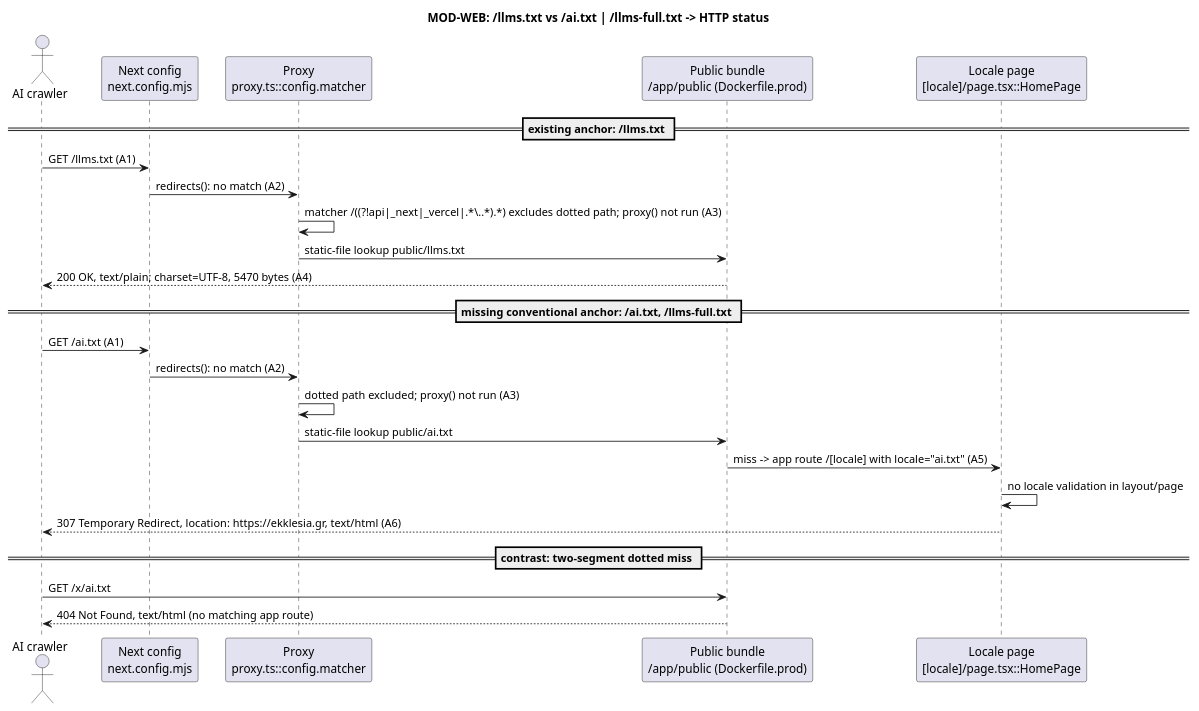
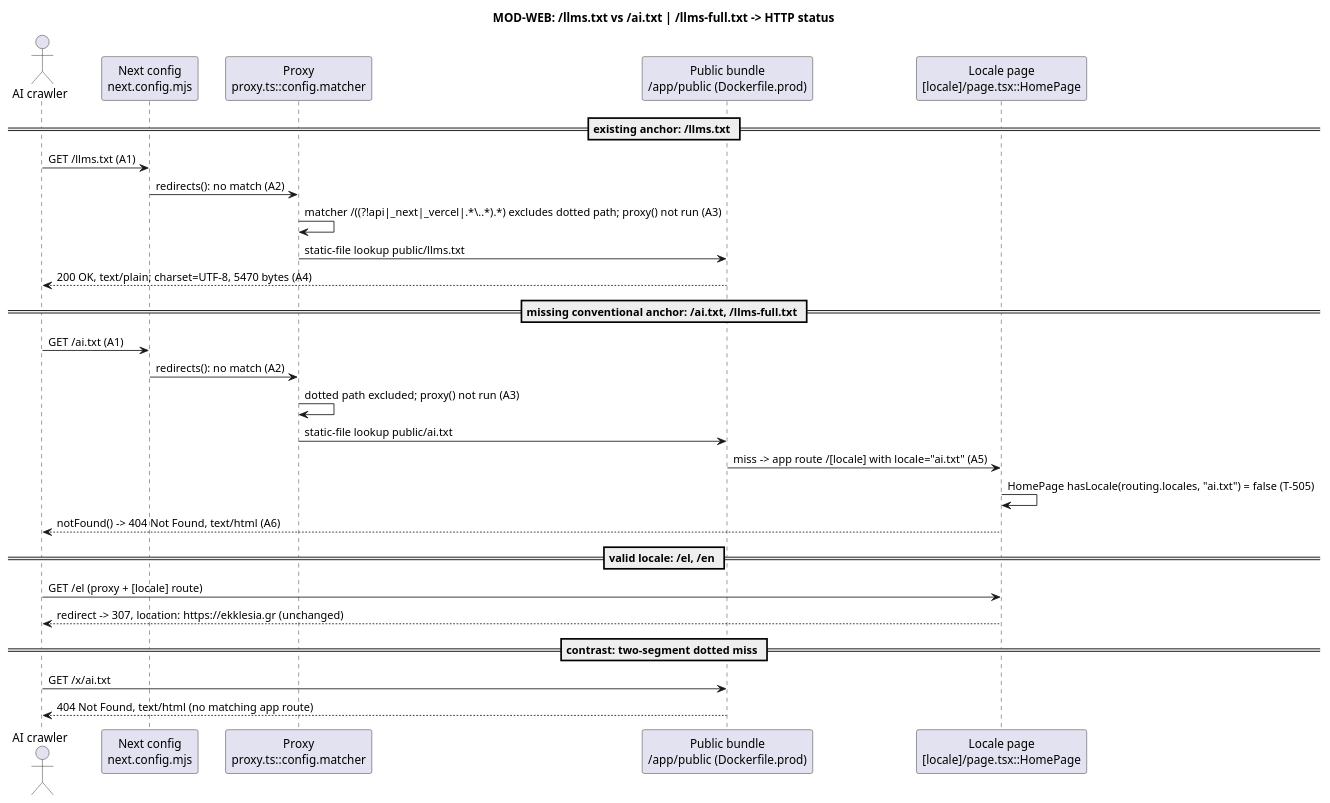
Before and after one commit to NeaBouli/pnyx: the second of 2 diagrams in docs/architecture/main-path.puml, drawn with PlantUML. The commit also changed 5 other files, not shown here.

First line of the commit message:
fix(web): return 404 for invalid [locale] instead of landing redirect (EKA-64, T-505)

```diff
--- a/docs/architecture/main-path.puml
+++ b/docs/architecture/main-path.puml
@@ -39,31 +39,35 @@
 @startuml
-' EKA-64 main path — built behaviour at base 4cc1193 (T-504, no fix simulated)
+' EKA-64 main path — T-504 trace, A6 updated to built T-505 guard
 ' Evidence: local standalone build (Dockerfile.prod layout) on 127.0.0.1, 2026-09-28
 title MOD-WEB: /llms.txt vs /ai.txt | /llms-full.txt -> HTTP status
 
 actor "AI crawler" as CRAWLER
 participant "Next config\nnext.config.mjs" as NCFG
 participant "Proxy\nproxy.ts::config.matcher" as PROXY
 participant "Public bundle\n/app/public (Dockerfile.prod)" as PUBLIC
 participant "Locale page\n[locale]/page.tsx::HomePage" as LOCALE
 
 == existing anchor: /llms.txt ==
 CRAWLER -> NCFG : GET /llms.txt (A1)
 NCFG -> PROXY : redirects(): no match (A2)
 PROXY -> PROXY : matcher /((?!api|_next|_vercel|.*\\..*).*) excludes dotted path; proxy() not run (A3)
 PROXY -> PUBLIC : static-file lookup public/llms.txt
 PUBLIC --> CRAWLER : 200 OK, text/plain; charset=UTF-8, 5470 bytes (A4)
 
 == missing conventional anchor: /ai.txt, /llms-full.txt ==
 CRAWLER -> NCFG : GET /ai.txt (A1)
 NCFG -> PROXY : redirects(): no match (A2)
 PROXY -> PROXY : dotted path excluded; proxy() not run (A3)
 PROXY -> PUBLIC : static-file lookup public/ai.txt
 PUBLIC -> LOCALE : miss -> app route /[locale] with locale="ai.txt" (A5)
-LOCALE -> LOCALE : no locale validation in layout/page
-LOCALE --> CRAWLER : 307 Temporary Redirect, location: https://ekklesia.gr, text/html (A6)
+LOCALE -> LOCALE : HomePage hasLocale(routing.locales, "ai.txt") = false (T-505)
+LOCALE --> CRAWLER : notFound() -> 404 Not Found, text/html (A6)
+
+== valid locale: /el, /en ==
+CRAWLER -> LOCALE : GET /el (proxy + [locale] route)
+LOCALE --> CRAWLER : redirect -> 307, location: https://ekklesia.gr (unchanged)
 
 == contrast: two-segment dotted miss ==
 CRAWLER -> PUBLIC : GET /x/ai.txt
 PUBLIC --> CRAWLER : 404 Not Found, text/html (no matching app route)
 @enduml
```
